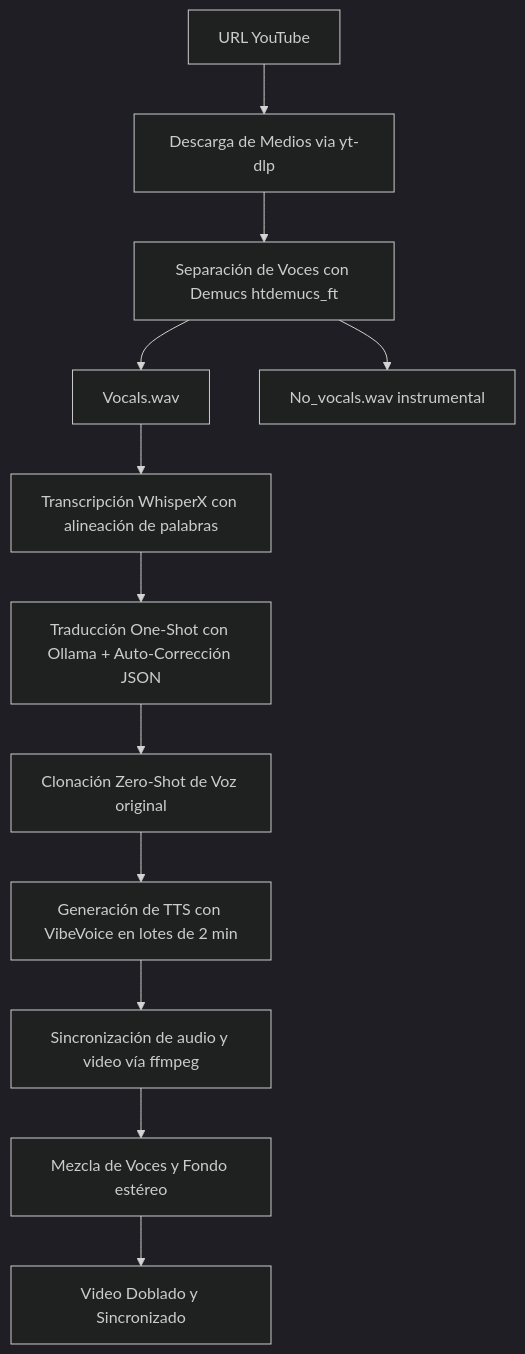
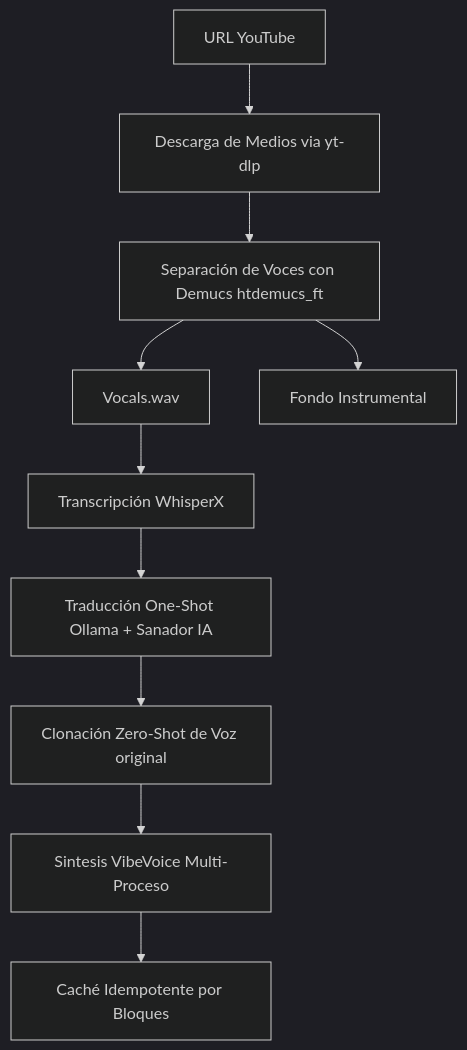
The diagram in README.md (jonnyck-dev/TRADUCTOR), drawn with Mermaid (dark theme) before and after one commit. The commit also changed other lines of this file, not shown here.

Commit message:
docs: Update README for v3.0 Interactive Studio and Multi-Process TTS architecture

````diff
--- a/README.md
+++ b/README.md
@@ -11,14 +12,12 @@
 ```mermaid
 graph TD
     A[URL YouTube] --> B[Descarga de Medios via yt-dlp]
     B --> C[Separación de Voces con Demucs htdemucs_ft]
     C --> D[Vocals.wav]
-    C --> E[No_vocals.wav instrumental]
-    D --> F[Transcripción WhisperX con alineación de palabras]
-    F --> G[Traducción One-Shot con Ollama + Auto-Corrección JSON]
+    C --> E[Fondo Instrumental]
+    D --> F[Transcripción WhisperX]
+    F --> G[Traducción One-Shot Ollama + Sanador IA]
     G --> H[Clonación Zero-Shot de Voz original]
-    H --> I[Generación de TTS con VibeVoice en lotes de 2 min]
-    I --> J[Sincronización de audio y video vía ffmpeg]
-    J --> K[Mezcla de Voces y Fondo estéreo]
-    K --> L[Video Doblado y Sincronizado]
+    H --> I[Sintesis VibeVoice Multi-Proceso]
+    I --> J[Caché Idempotente por Bloques]
 ```
````
